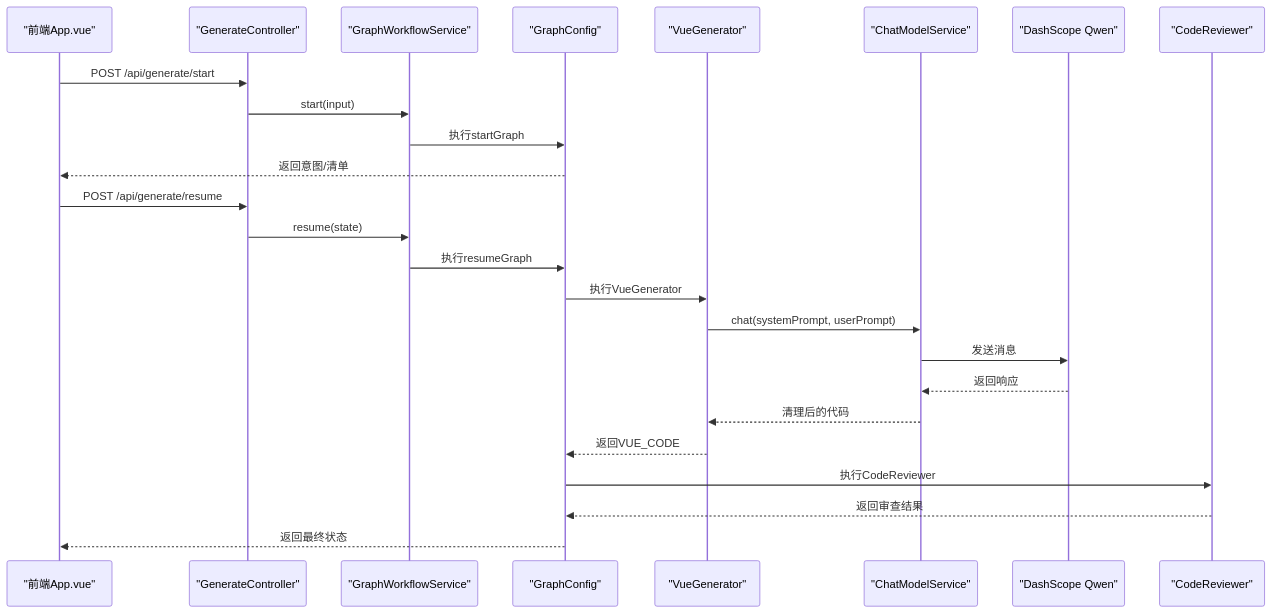
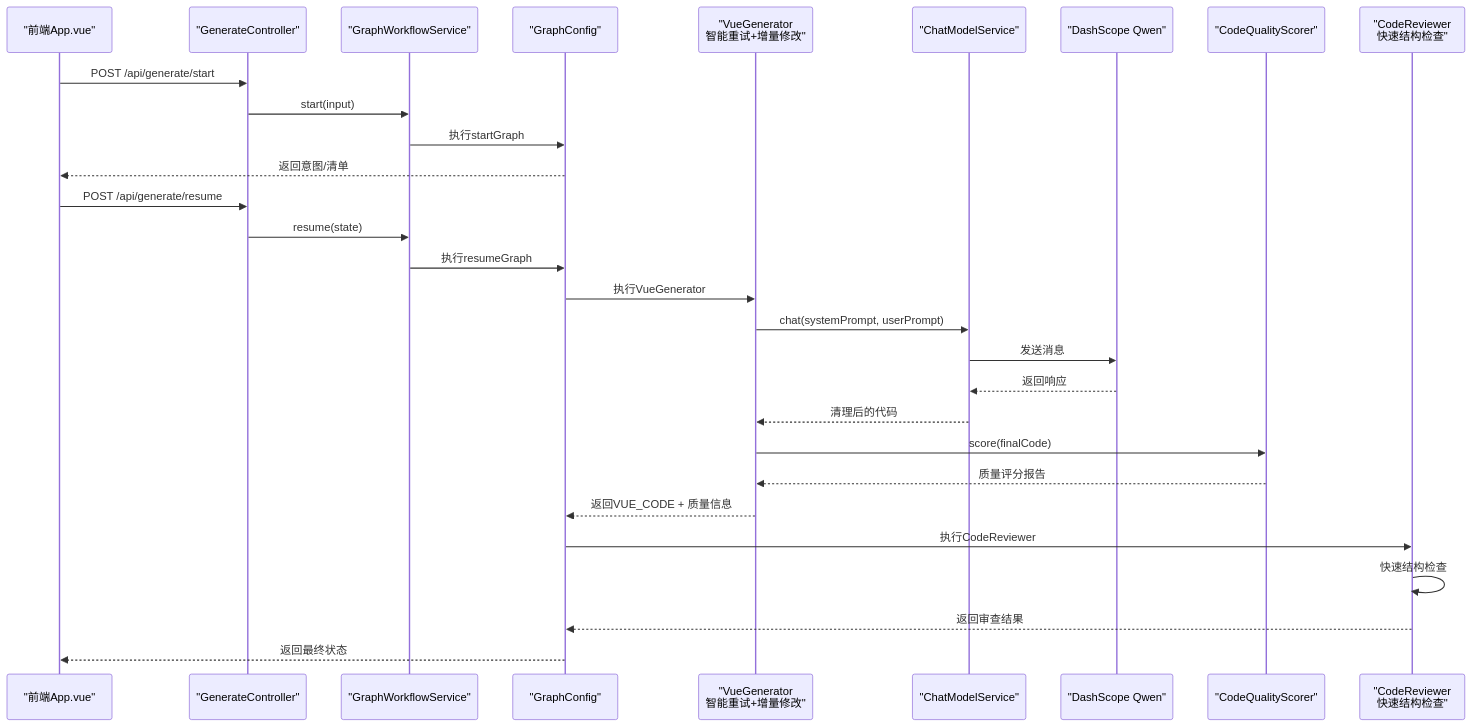
Before and after one commit to CyanYuKi/WebSiteFrontendCodeMother: the second of 16 diagrams in .qoder/repowiki/zh/content/AI工作流系统/AI节点分析/Vue代码生成节点.md, drawn with Mermaid. The commit also changed other lines of this file and 21 other files, not shown here.

````diff
--- a/.qoder/repowiki/zh/content/AI工作流系统/AI节点分析/Vue代码生成节点.md
+++ b/.qoder/repowiki/zh/content/AI工作流系统/AI节点分析/Vue代码生成节点.md
@@ -120,27 +139,31 @@
 ```mermaid
 sequenceDiagram
 participant FE as "前端App.vue"
 participant API as "GenerateController"
 participant WF as "GraphWorkflowService"
 participant CFG as "GraphConfig"
-participant VG as "VueGenerator"
+participant VG as "VueGenerator<br/>智能重试+增量修改"
 participant CSM as "ChatModelService"
 participant LLM as "DashScope Qwen"
-participant CR as "CodeReviewer"
+participant CQS as "CodeQualityScorer"
+participant CR as "CodeReviewer<br/>快速结构检查"
 FE->>API : POST /api/generate/start
 API->>WF : start(input)
 WF->>CFG : 执行startGraph
 CFG-->>FE : 返回意图/清单
 FE->>API : POST /api/generate/resume
 API->>WF : resume(state)
 WF->>CFG : 执行resumeGraph
 CFG->>VG : 执行VueGenerator
 VG->>CSM : chat(systemPrompt, userPrompt)
 CSM->>LLM : 发送消息
 LLM-->>CSM : 返回响应
 CSM-->>VG : 清理后的代码
-VG-->>CFG : 返回VUE_CODE
+VG->>CQS : score(finalCode)
+CQS-->>VG : 质量评分报告
+VG-->>CFG : 返回VUE_CODE + 质量信息
 CFG->>CR : 执行CodeReviewer
+CR->>CR : 快速结构检查
 CR-->>CFG : 返回审查结果
 CFG-->>FE : 返回最终状态
 ```
````
